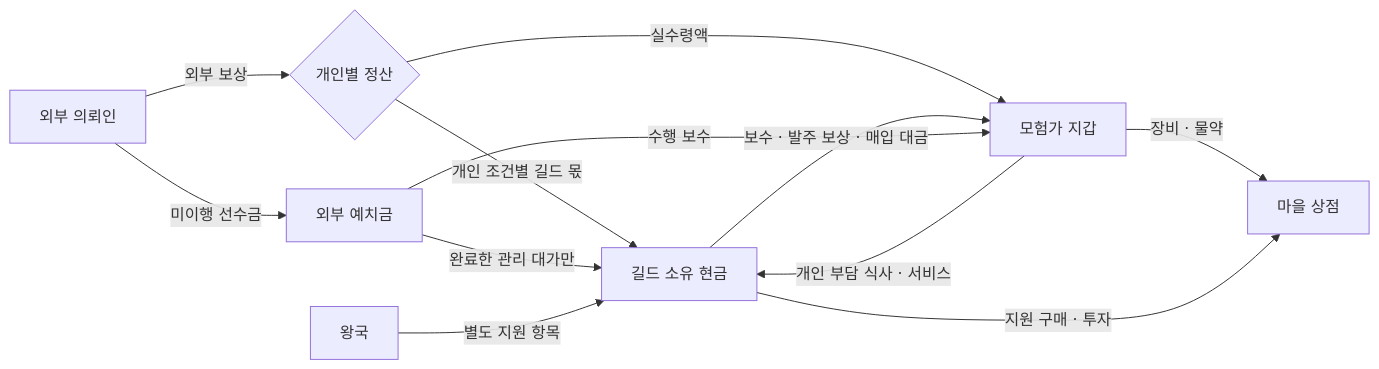
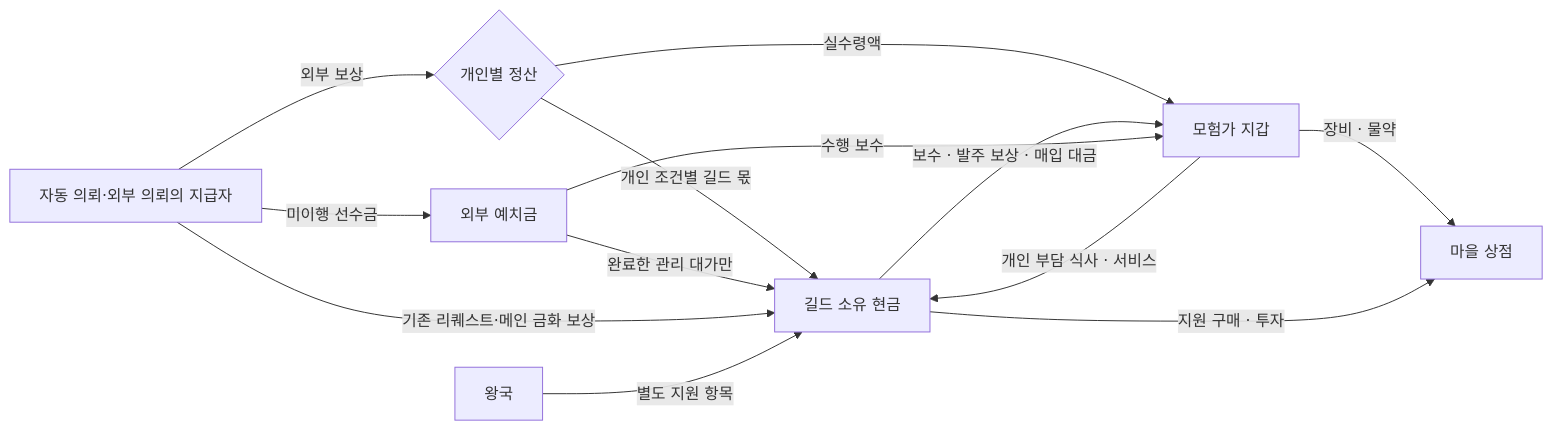
One commit to applesoda01/Project_F changed the second of 2 diagrams in docs/book-v2/src/ch09/flow.md. Above: the diagram before and after it, drawn with Mermaid. The commit also changed other lines of this file and 20 other files, not shown here.

````diff
--- a/docs/book-v2/src/ch09/flow.md
+++ b/docs/book-v2/src/ch09/flow.md
@@ -8,14 +59,15 @@
 ```mermaid
 flowchart LR
-  C[외부 의뢰인] -->|외부 보상| S{개인별 정산}
+  C[자동 의뢰·외부 의뢰의 지급자] -->|외부 보상| S{개인별 정산}
   S -->|개인 조건별 길드 몫| G[길드 소유 현금]
   S -->|실수령액| A[모험가 지갑]
   G -->|보수 · 발주 보상 · 매입 대금| A
   A -->|개인 부담 식사 · 서비스| G
   A -->|장비 · 물약| T[마을 상점]
   G -->|지원 구매 · 투자| T
   C -->|미이행 선수금| E[외부 예치금]
   E -->|완료한 관리 대가만| G
   E -->|수행 보수| A
+  C -->|기존 리퀘스트·메인 금화 보상| G
   K[왕국] -->|별도 지원 항목| G
 ```
````
